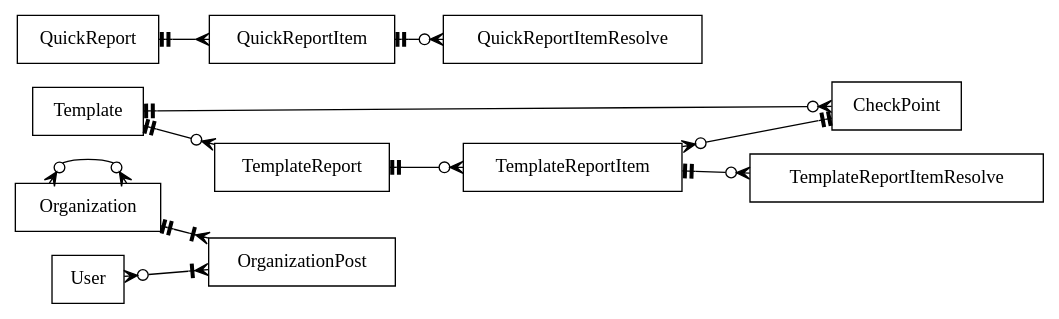
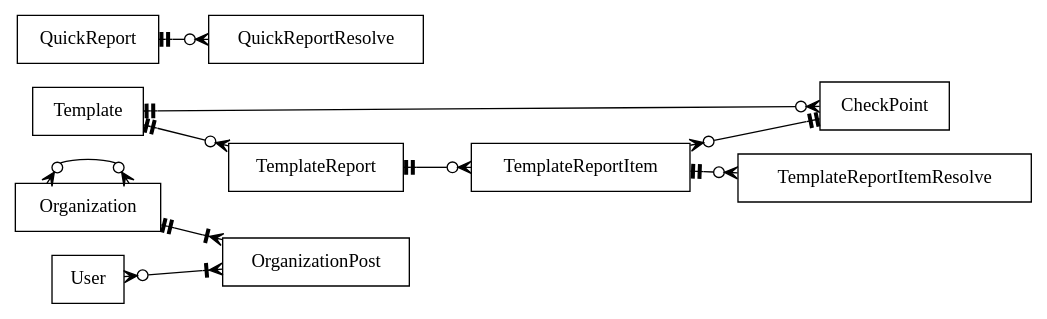
One commit to chuanjiabao1981/check_v3_db_migrate changed the diagram in model.dot. Above: the diagram before and after it, drawn with Graphviz. The commit also changed 1 other file, not shown here.

```diff
--- a/model.dot
+++ b/model.dot
@@ -1,25 +1,24 @@
 digraph G 
 {
 	graph [rankdir=LR] 
 	node [shape=box] 
     #Organization -> Post [arrowhead=crow label="有"]
     #Post -> User [arrowhead=crow label="属于"]
     #User-> Post [arrowhead=crow label="担任"]
     #Organization -> User[arrowhead=crow label="拥有"]
     #User->Organization [arrowhead=crow label="属于"]
 
     Organization -> OrganizationPost[arrowtail=teetee arrowhead=crowtee dir="both"]
     Organization -> Organization 	[arrowtail=crowodot arrowhead=crowodot dir="both"] 
     User  		 -> OrganizationPost[arrowtail=crowodot arrowhead=crowtee dir="both"]
 
     Template -> CheckPoint[arrowtail=teetee arrowhead=crowodot dir="both"]
 
-    QuickReport->QuickReportItem[arrowtail=teetee  arrowhead=crow dir="both"]
-    QuickReportItem->QuickReportItemResolve[arrowtail=teetee arrowhead=crowodot dir="both"]
+    QuickReport->QuickReportResolve[arrowtail=teetee arrowhead=crowodot dir="both"]
 
     TemplateReport 		-> TemplateReportItem[arrowtail=teetee arrowhead=crowodot dir="both"]
     TemplateReportItem  -> TemplateReportItemResolve[arrowtail=teetee arrowhead=crowodot dir="both"]
     Template 			-> TemplateReport[arrowtail=teetee arrowhead=crowodot dir="both"]
     TemplateReportItem 	-> CheckPoint[arrowtail=crowodot arrowhead=teetee dir="both"]
 
 }
```
